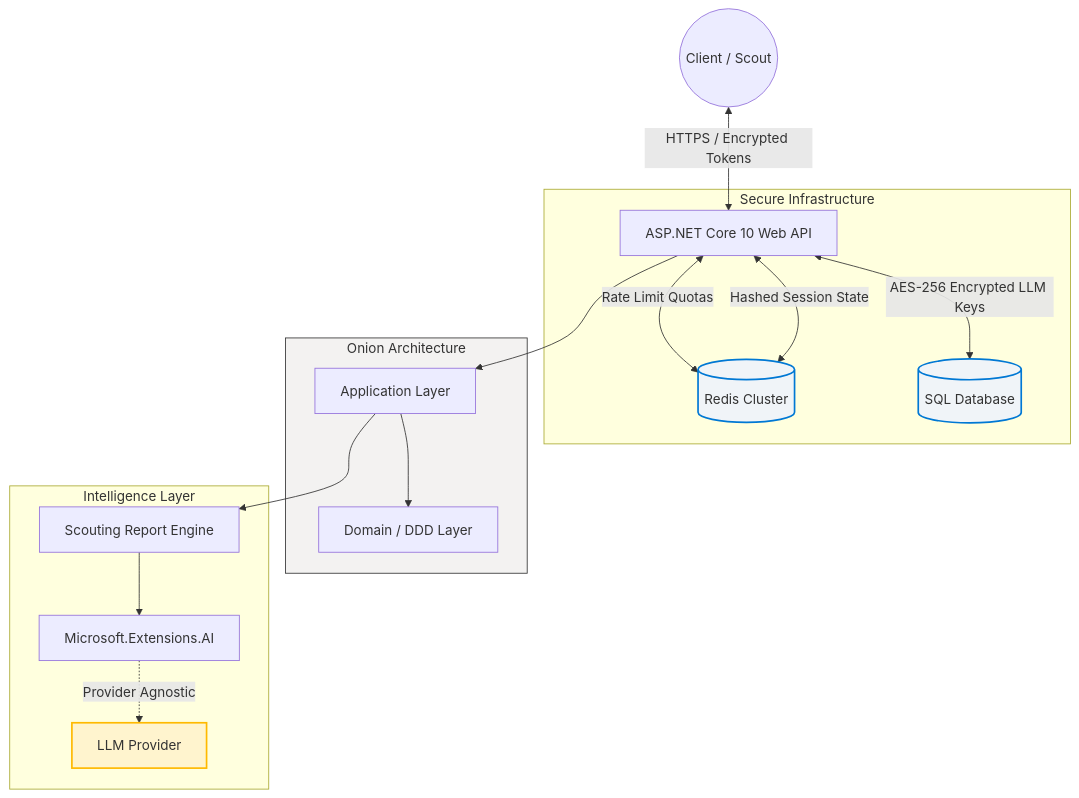
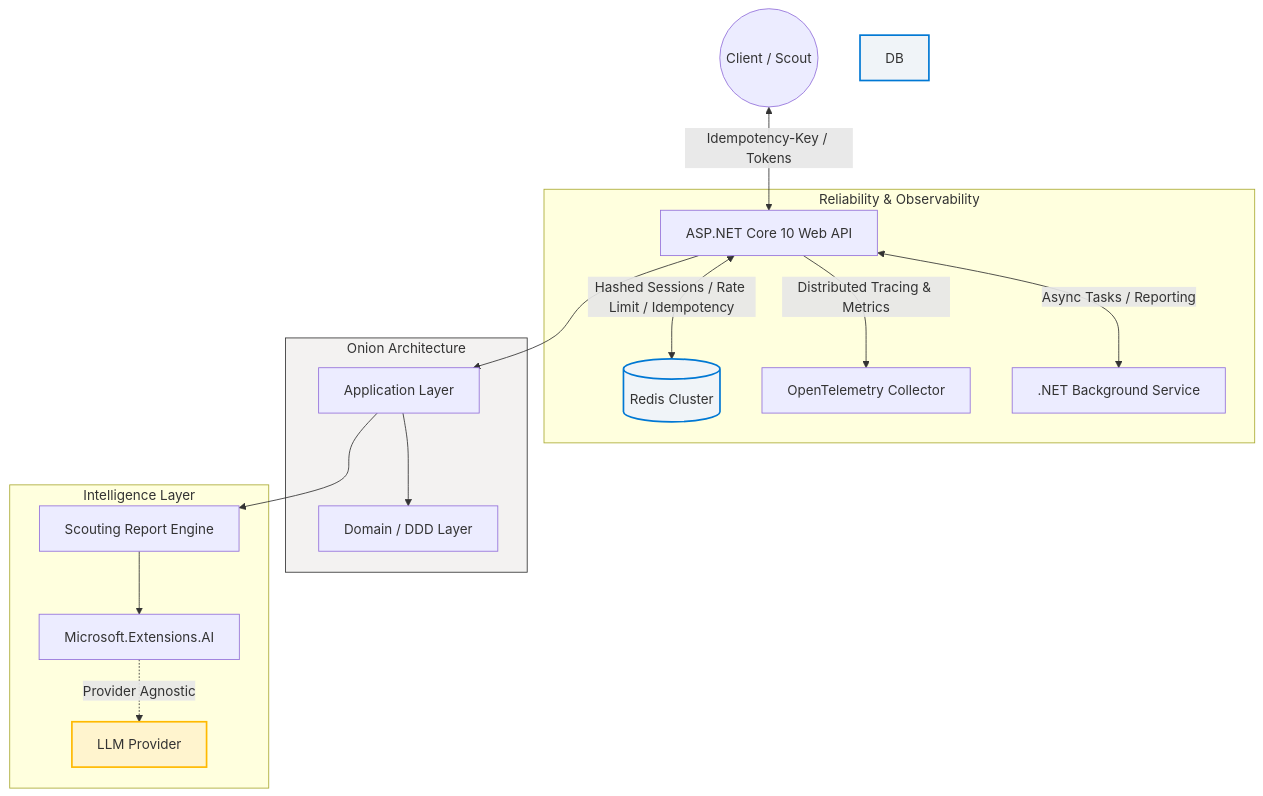
Before and after one commit to awoniyimuyiwa/soccermanager: the diagram in README.md, drawn with Mermaid. The commit also changed other lines of this file and 28 other files, not shown here.

First line of the commit message:
unify idempotency/antiforgery filters and support offline client IDs

````diff
--- a/README.md
+++ b/README.md
@@ -43,27 +50,27 @@
 ```mermaid
 graph TD
-    Client((Client / Scout)) <-->|HTTPS / Encrypted Tokens| API[ASP.NET Core 10 Web API]
+    Client((Client / Scout)) <-->|Idempotency-Key / Tokens| API[ASP.NET Core 10 Web API]
     
-    subgraph Security_Infrastructure [Secure Infrastructure]
-        API <-->|Rate Limit Quotas| Redis[(Redis Cluster)]
-        API <-->|Hashed Session State| Redis
-        API <-->|AES-256 Encrypted LLM Keys| DB[(SQL Database)]
+    subgraph Security_Infrastructure [Reliability & Observability]
+        API <-->|Hashed Sessions / Rate Limit / Idempotency| Redis[(Redis Cluster)]
+        API -->|Distributed Tracing & Metrics| OTel[OpenTelemetry Collector]
+        API <-->|Async Tasks / Reporting| Jobs[.NET Background Service]
     end
 
     subgraph Core_Logic [Onion Architecture]
         API --> App[Application Layer]
         App --> Domain[Domain / DDD Layer]
     end
 
     subgraph Intelligence_Layer [Intelligence Layer]
         App --> AI_Service[Scouting Report Engine]
         AI_Service --> MSExtAI[Microsoft.Extensions.AI]
         MSExtAI -.->|Provider Agnostic| LLM[LLM Provider]
     end
 
     %% Styling
     style Redis fill:#f0f4f8,stroke:#0078d4,stroke-width:2px
     style DB fill:#f0f4f8,stroke:#0078d4,stroke-width:2px
     style LLM fill:#fff4ce,stroke:#ffb900,stroke-width:2px
     style Core_Logic fill:#f3f2f1,stroke:#333
 ```
````
